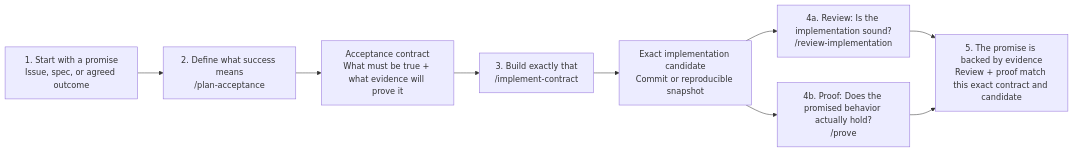
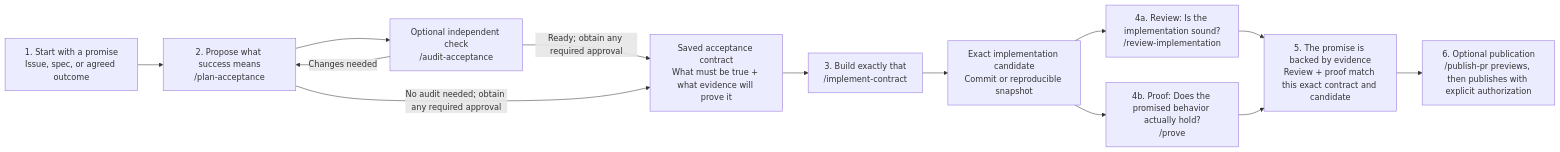
The first of 2 diagrams in README.md (grove/promise-to-proof), drawn with Mermaid before and after one commit. The commit also changed other lines of this file and 3 other files, not shown here.

Commit message:
Document acceptance audit and PR publication

````diff
--- a/README.md
+++ b/README.md
@@ -18,15 +18,23 @@
 ```mermaid
 flowchart LR
   promise["1. Start with a promise<br/>Issue, spec, or agreed outcome"]
-  plan["2. Define what success means<br/>/plan-acceptance"]
-  contract["Acceptance contract<br/>What must be true + what evidence will prove it"]
+  plan["2. Propose what success means<br/>/plan-acceptance"]
+  audit["Optional independent check<br/>/audit-acceptance"]
+  contract["Saved acceptance contract<br/>What must be true + what evidence will prove it"]
   implement["3. Build exactly that<br/>/implement-contract"]
   candidate["Exact implementation candidate<br/>Commit or reproducible snapshot"]
   review["4a. Review: Is the implementation sound?<br/>/review-implementation"]
   prove["4b. Proof: Does the promised behavior actually hold?<br/>/prove"]
   done["5. The promise is backed by evidence<br/>Review + proof match this exact contract and candidate"]
+  publish["6. Optional publication<br/>/publish-pr previews, then publishes with explicit authorization"]
 
-  promise --> plan --> contract --> implement --> candidate
+  promise --> plan
+  plan --> audit
+  audit -->|Changes needed| plan
+  audit -->|Ready; obtain any required approval| contract
+  plan -->|No audit needed; obtain any required approval| contract
+  contract --> implement --> candidate
   candidate --> review --> done
   candidate --> prove --> done
+  done --> publish
 ```
````
